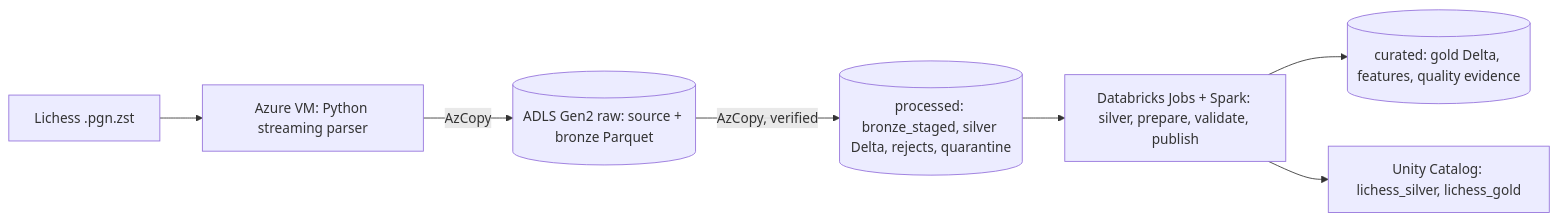
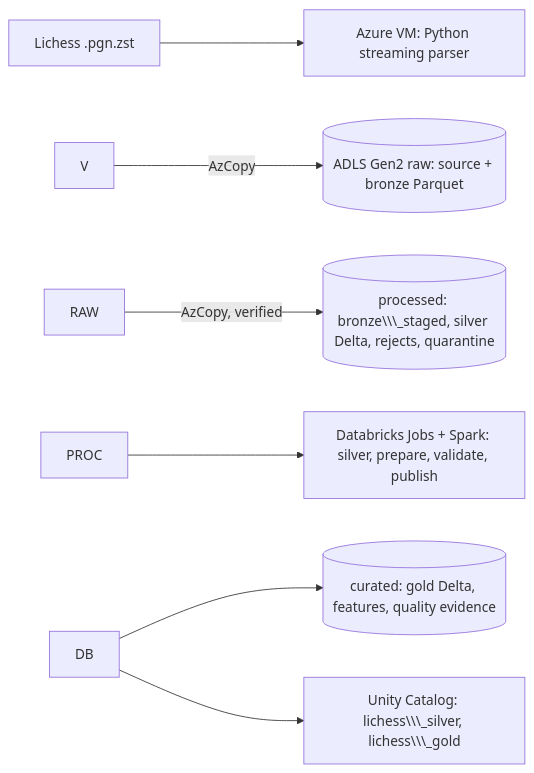
One commit to rizan-mohammed/dsai3202-lichess changed the diagram in README.md. Above: the diagram before and after it, drawn with Mermaid. The commit also changed other lines of this file, not shown here.

````diff
--- a/README.md
+++ b/README.md
@@ -45,9 +37,9 @@
 ```mermaid
 flowchart LR
-  L[Lichess .pgn.zst] --> V[Azure VM: Python streaming parser]
-  V -->|AzCopy| RAW[(ADLS Gen2 raw: source + bronze Parquet)]
-  RAW -->|AzCopy, verified| PROC[(processed: bronze_staged, silver Delta, rejects, quarantine)]
-  PROC --> DB[Databricks Jobs + Spark: silver, prepare, validate, publish]
-  DB --> CUR[(curated: gold Delta, features, quality evidence)]
-  DB --> UC[Unity Catalog: lichess_silver, lichess_gold]
+  L\\\[Lichess .pgn.zst] --> V\\\[Azure VM: Python streaming parser]
+  V -->|AzCopy| RAW\\\[(ADLS Gen2 raw: source + bronze Parquet)]
+  RAW -->|AzCopy, verified| PROC\\\[(processed: bronze\\\_staged, silver Delta, rejects, quarantine)]
+  PROC --> DB\\\[Databricks Jobs + Spark: silver, prepare, validate, publish]
+  DB --> CUR\\\[(curated: gold Delta, features, quality evidence)]
+  DB --> UC\\\[Unity Catalog: lichess\\\_silver, lichess\\\_gold]
 ```
````
